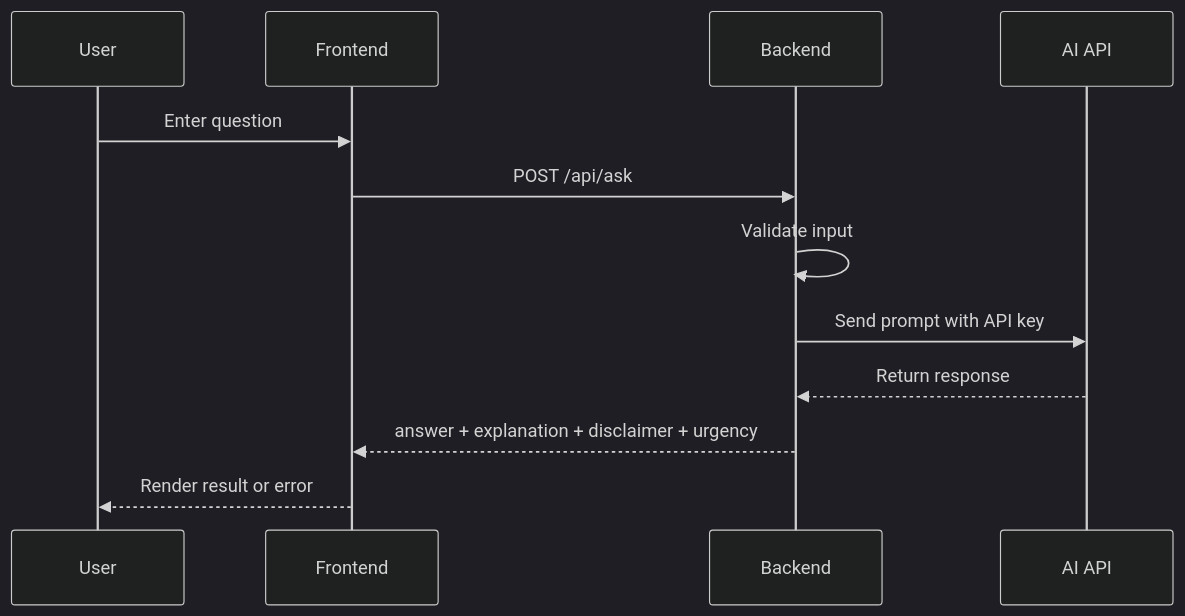
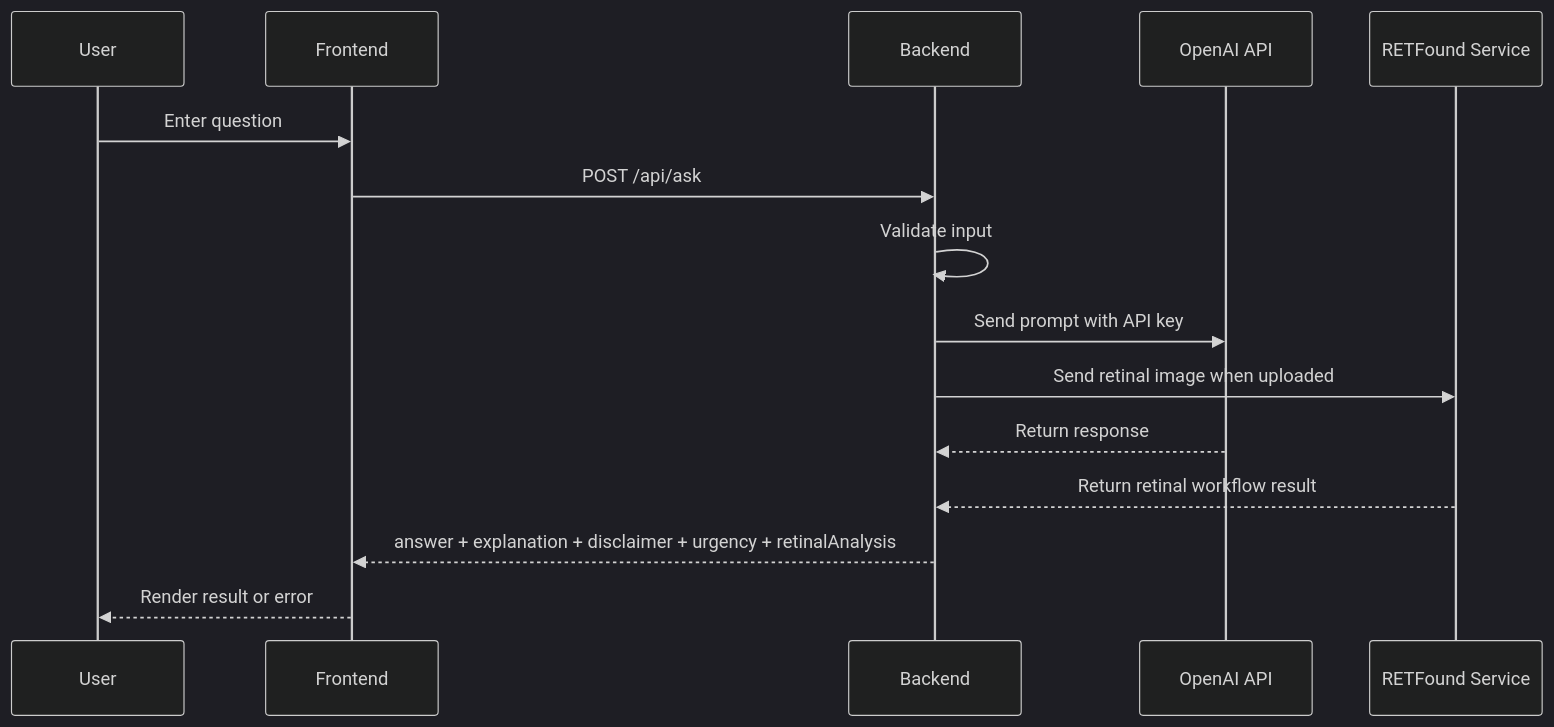
The second of 2 diagrams in README.md (MilanPatel9999/CapStone), drawn with Mermaid (dark theme) before and after one commit. The commit also changed other lines of this file and 13 other files, not shown here.

````diff
--- a/README.md
+++ b/README.md
@@ -50,15 +61,18 @@
 ```mermaid
 sequenceDiagram
     participant U as User
     participant F as Frontend
     participant B as Backend
-    participant AI as AI API
+    participant AI as OpenAI API
+    participant R as RETFound Service
 
     U->>F: Enter question
     F->>B: POST /api/ask
     B->>B: Validate input
     B->>AI: Send prompt with API key
+    B->>R: Send retinal image when uploaded
     AI-->>B: Return response
-    B-->>F: answer + explanation + disclaimer + urgency
+    R-->>B: Return retinal workflow result
+    B-->>F: answer + explanation + disclaimer + urgency + retinalAnalysis
     F-->>U: Render result or error
 ```
````
